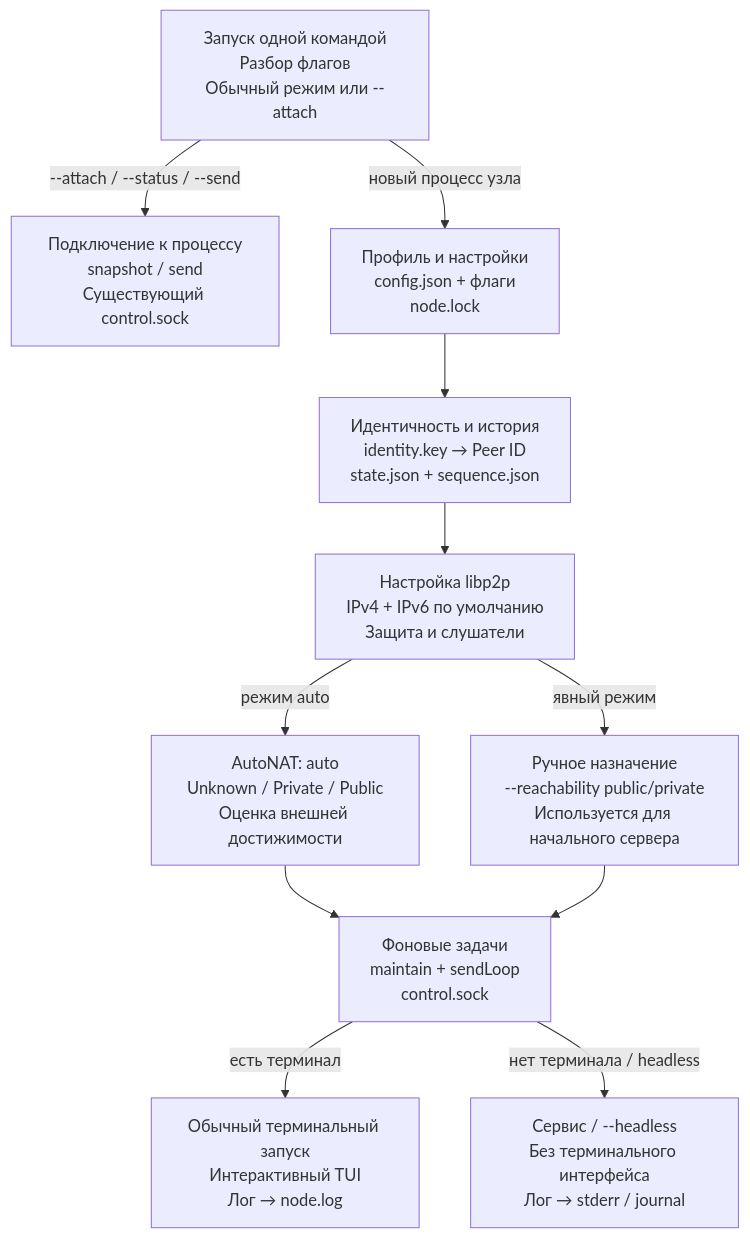
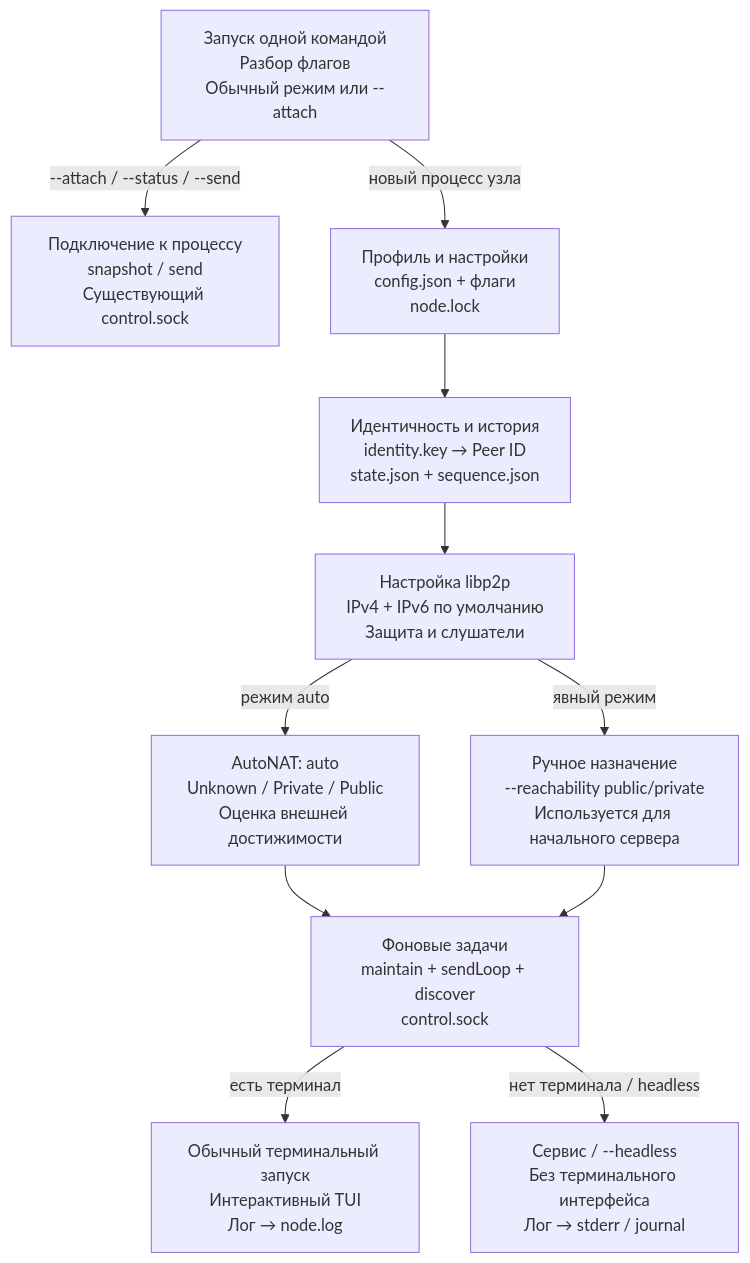
One commit to SolverNA/p2p-messenger-over-http changed the second of 10 diagrams in docs/architecture.md. Above: the diagram before and after it, drawn with Mermaid. The commit also changed other lines of this file and 19 other files, not shown here.

````diff
--- a/docs/architecture.md
+++ b/docs/architecture.md
@@ -56,23 +56,23 @@
 ```mermaid
 flowchart TB
   start["Запуск одной командой<br/>Разбор флагов<br/>Обычный режим или --attach"]
   attach["Подключение к процессу<br/>snapshot / send<br/>Существующий control.sock"]
   profile["Профиль и настройки<br/>config.json + флаги<br/>node.lock"]
   key["Идентичность и история<br/>identity.key → Peer ID<br/>state.json + sequence.json"]
   host["Настройка libp2p<br/>IPv4 + IPv6 по умолчанию<br/>Защита и слушатели"]
   auto["AutoNAT: auto<br/>Unknown / Private / Public<br/>Оценка внешней достижимости"]
   forced["Ручное назначение<br/>--reachability public/private<br/>Используется для начального сервера"]
-  loops["Фоновые задачи<br/>maintain + sendLoop<br/>control.sock"]
+  loops["Фоновые задачи<br/>maintain + sendLoop + discover<br/>control.sock"]
   ui["Обычный терминальный запуск<br/>Интерактивный TUI<br/>Лог → node.log"]
   daemon["Сервис / --headless<br/>Без терминального интерфейса<br/>Лог → stderr / journal"]
   start -->|"--attach / --status / --send"| attach
   start -->|"новый процесс узла"| profile
   profile --> key
   key --> host
   host -->|"режим auto"| auto
   host -->|"явный режим"| forced
   auto --> loops
   forced --> loops
   loops -->|"есть терминал"| ui
   loops -->|"нет терминала / headless"| daemon
 ```
````
